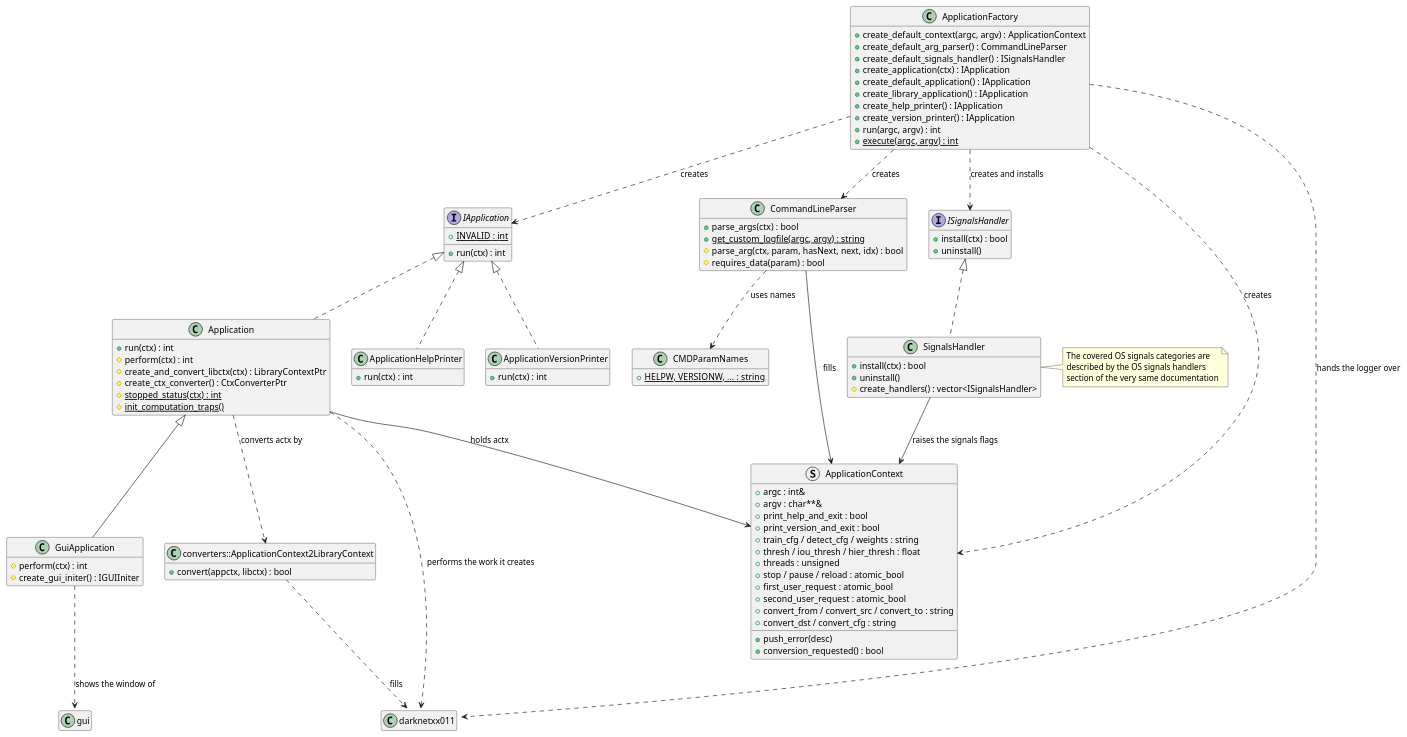
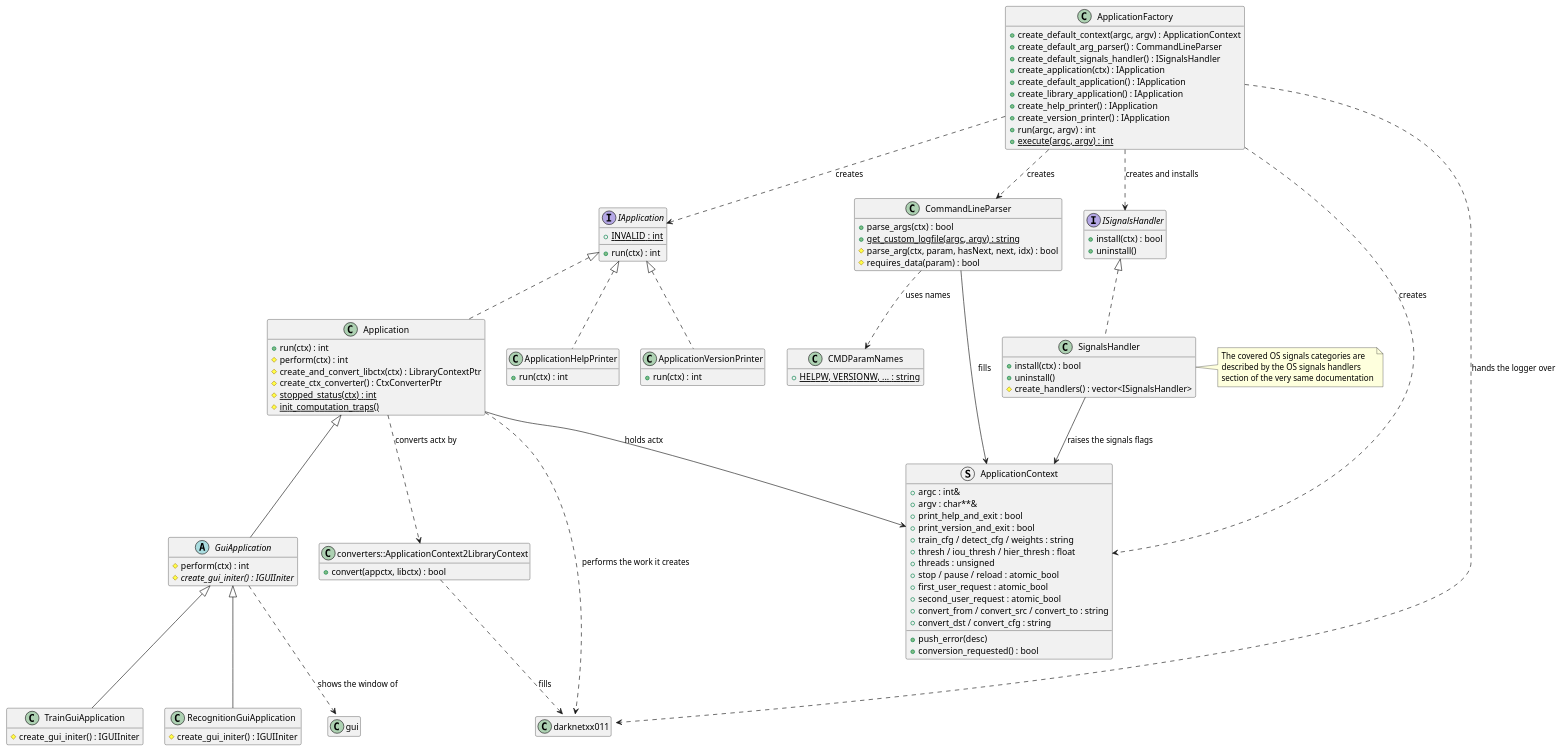
One commit to yuriysydor1991/darknetxx changed the diagram in doc/sections/en_US/4-7-1-application-runtime-components.md. Above: the diagram before and after it, drawn with PlantUML. The commit also changed other lines of this file and 40 other files, not shown here.

```diff
--- a/doc/sections/en_US/4-7-1-application-runtime-components.md
+++ b/doc/sections/en_US/4-7-1-application-runtime-components.md
@@ -26,8 +26,16 @@
   #{static} init_computation_traps()
 }
 
-class GuiApplication {
+abstract class GuiApplication {
   #perform(ctx) : int
+  #{abstract} create_gui_initer() : IGUIIniter
+}
+
+class TrainGuiApplication {
+  #create_gui_initer() : IGUIIniter
+}
+
+class RecognitionGuiApplication {
   #create_gui_initer() : IGUIIniter
 }
 
@@ -105,6 +113,8 @@
 IApplication <|.. ApplicationHelpPrinter
 IApplication <|.. ApplicationVersionPrinter
 Application <|-- GuiApplication
+GuiApplication <|-- TrainGuiApplication
+GuiApplication <|-- RecognitionGuiApplication
 ISignalsHandler <|.. SignalsHandler
 
 ApplicationFactory ..> IApplication : creates
```
